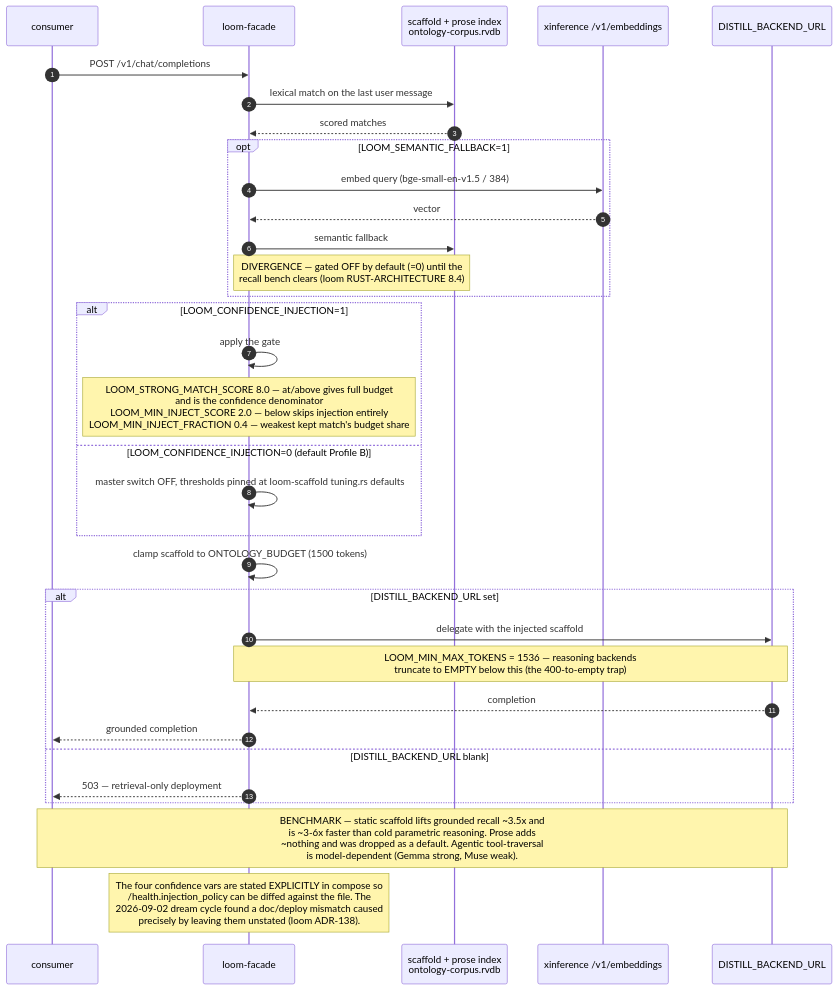
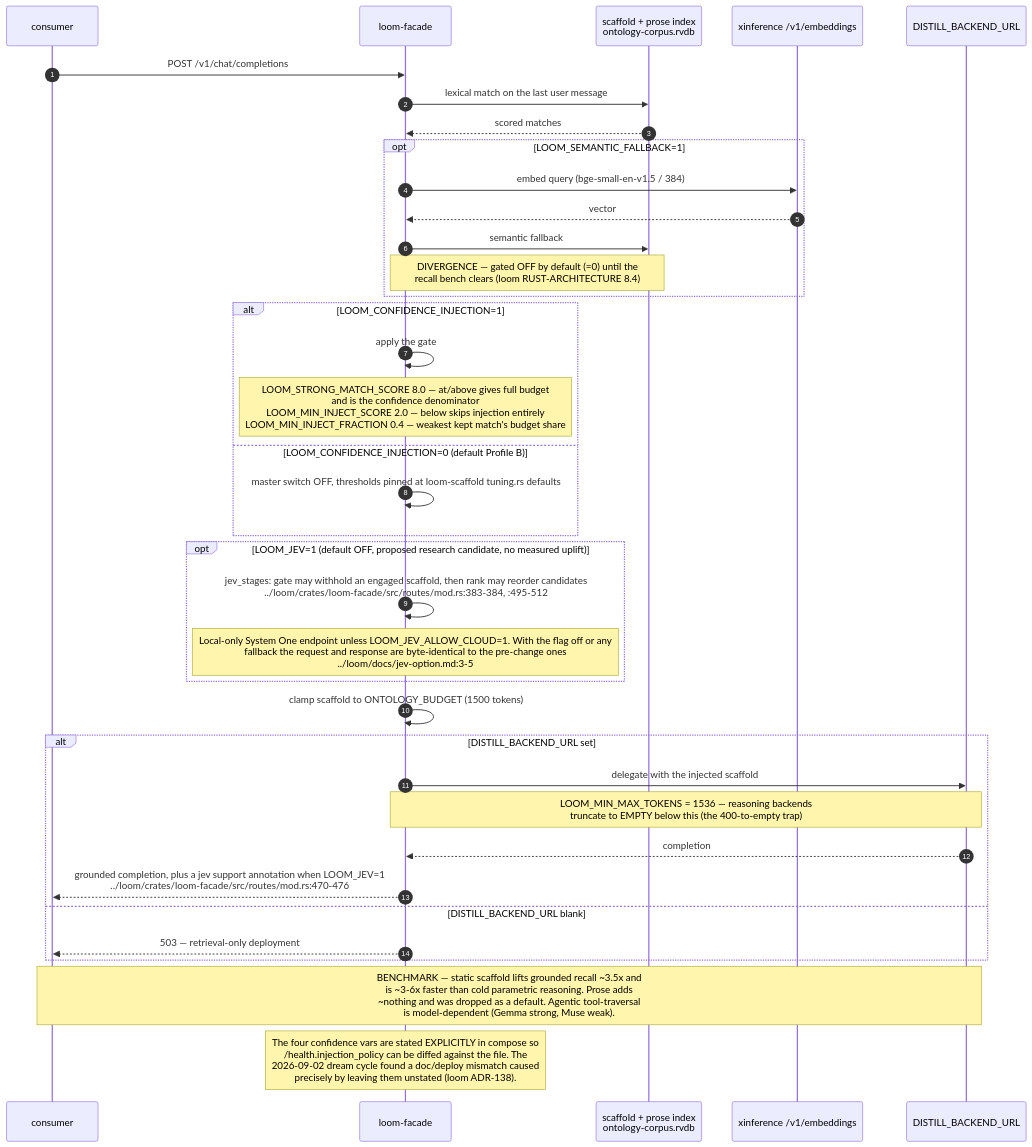
Before and after one commit to DreamLab-AI/VisionFlow: the fifth of 11 diagrams in docs/diagrams/estate/06-loom-and-email-privacy-path.md, drawn with Mermaid. The commit also changed other lines of this file and 160 other files, not shown here.

````diff
--- a/docs/diagrams/estate/06-loom-and-email-privacy-path.md
+++ b/docs/diagrams/estate/06-loom-and-email-privacy-path.md
@@ -157,36 +163,40 @@
 ```mermaid
 sequenceDiagram
     autonumber
     participant C as consumer
     participant F as loom-facade
     participant IX as scaffold + prose index<br/>ontology-corpus.rvdb
     participant XI as xinference /v1/embeddings
     participant B as DISTILL_BACKEND_URL
 
     C->>F: POST /v1/chat/completions
     F->>IX: lexical match on the last user message
     IX-->>F: scored matches
     opt LOOM_SEMANTIC_FALLBACK=1
         F->>XI: embed query (bge-small-en-v1.5 / 384)
         XI-->>F: vector
         F->>IX: semantic fallback
         Note over F,IX: DIVERGENCE — gated OFF by default (=0) until the<br/>recall bench clears (loom RUST-ARCHITECTURE 8.4)
     end
     alt LOOM_CONFIDENCE_INJECTION=1
         F->>F: apply the gate
         Note over F: LOOM_STRONG_MATCH_SCORE 8.0 — at/above gives full budget<br/>and is the confidence denominator<br/>LOOM_MIN_INJECT_SCORE 2.0 — below skips injection entirely<br/>LOOM_MIN_INJECT_FRACTION 0.4 — weakest kept match's budget share
     else LOOM_CONFIDENCE_INJECTION=0 (default Profile B)
         F->>F: master switch OFF, thresholds pinned at loom-scaffold tuning.rs defaults
     end
+    opt LOOM_JEV=1 (default OFF, proposed research candidate, no measured uplift)
+        F->>F: jev_stages: gate may withhold an engaged scaffold, then rank may reorder candidates<br/>../loom/crates/loom-facade/src/routes/mod.rs:383-384, :495-512
+        Note over F: Local-only System One endpoint unless LOOM_JEV_ALLOW_CLOUD=1. With the flag off or any<br/>fallback the request and response are byte-identical to the pre-change ones<br/>../loom/docs/jev-option.md:3-5
+    end
     F->>F: clamp scaffold to ONTOLOGY_BUDGET (1500 tokens)
     alt DISTILL_BACKEND_URL set
         F->>B: delegate with the injected scaffold
         Note over F,B: LOOM_MIN_MAX_TOKENS = 1536 — reasoning backends<br/>truncate to EMPTY below this (the 400-to-empty trap)
         B-->>F: completion
-        F-->>C: grounded completion
+        F-->>C: grounded completion, plus a jev support annotation when LOOM_JEV=1<br/>../loom/crates/loom-facade/src/routes/mod.rs:470-476
     else DISTILL_BACKEND_URL blank
         F-->>C: 503 — retrieval-only deployment
     end
     Note over C,B: BENCHMARK — static scaffold lifts grounded recall ~3.5x and<br/>is ~3-6x faster than cold parametric reasoning. Prose adds<br/>~nothing and was dropped as a default. Agentic tool-traversal<br/>is model-dependent (Gemma strong, Muse weak).
     Note over F: The four confidence vars are stated EXPLICITLY in compose so<br/>/health.injection_policy can be diffed against the file. The<br/>2026-09-02 dream cycle found a doc/deploy mismatch caused<br/>precisely by leaving them unstated (loom ADR-138).
 ```
````
